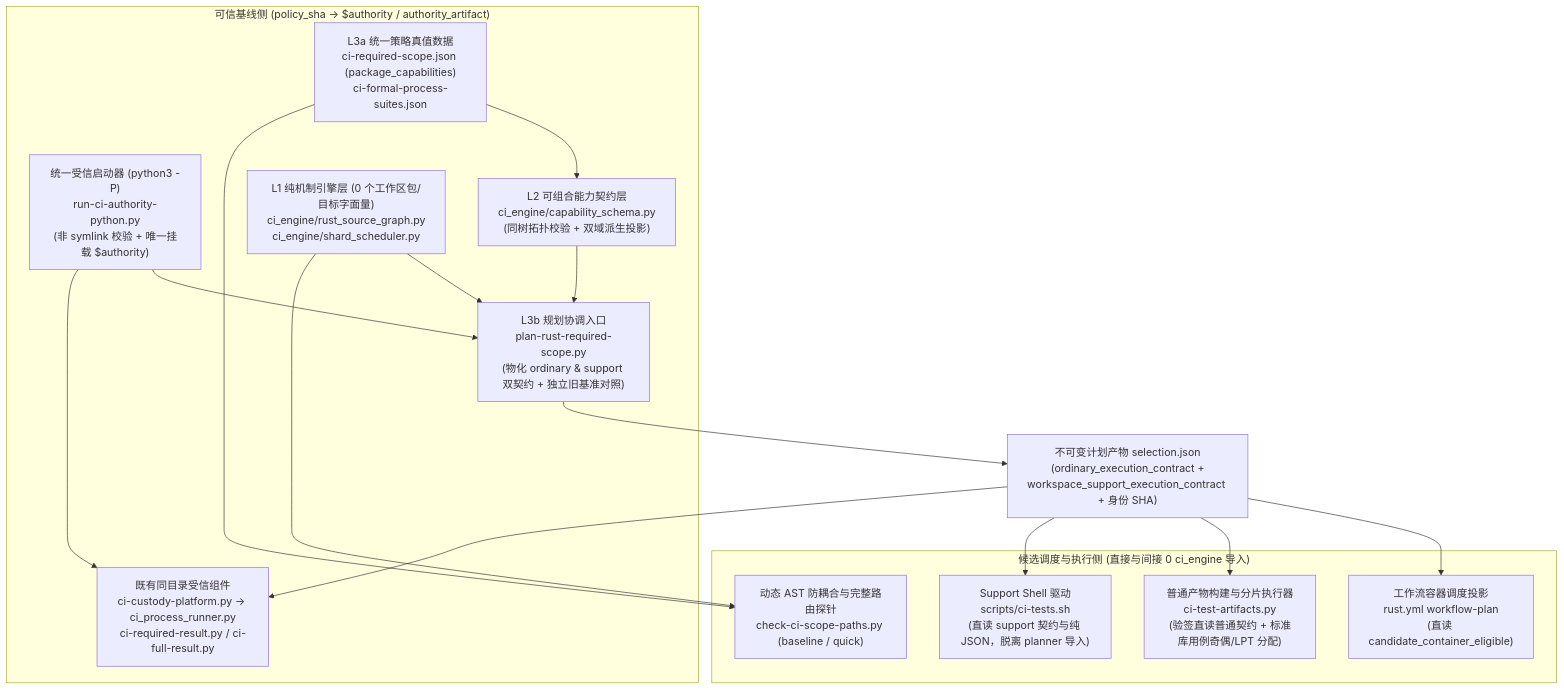
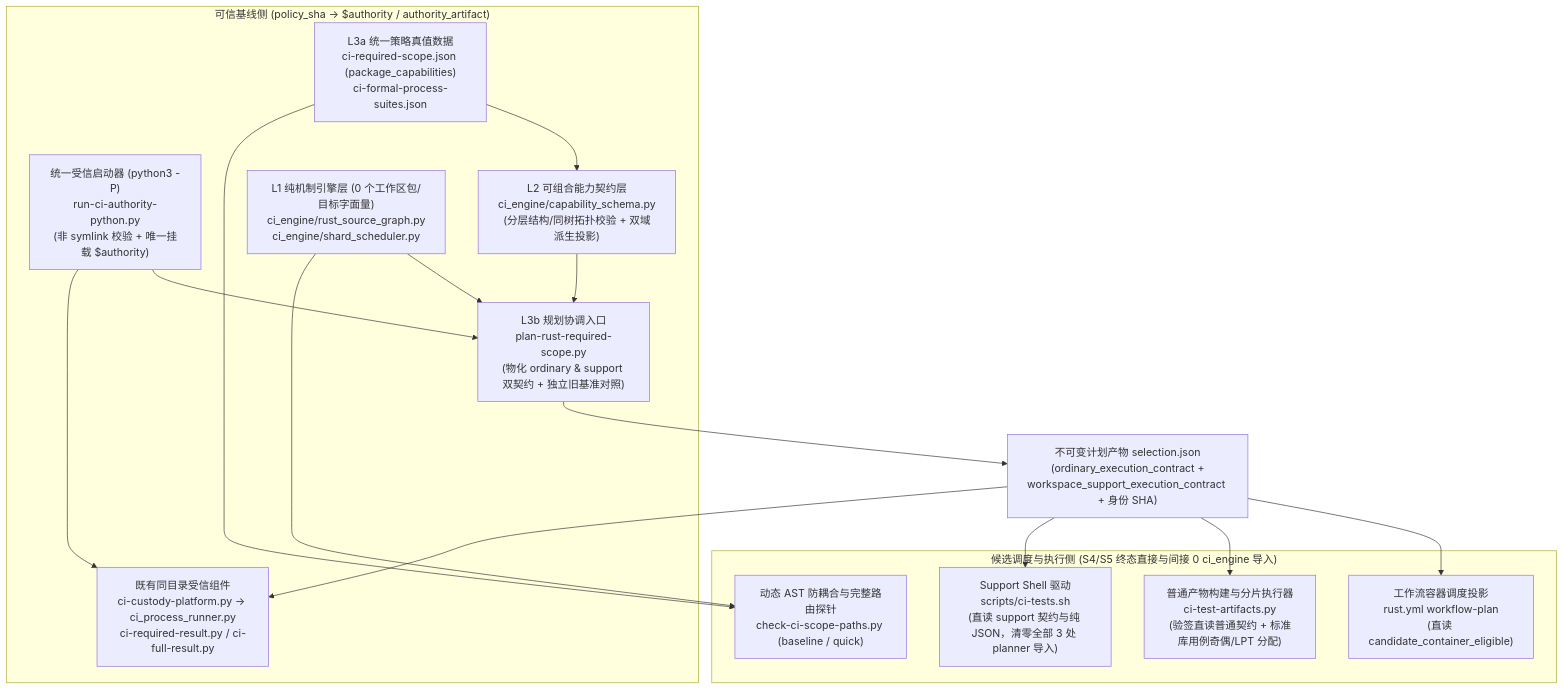
The diagram in doc/testing/ci/ci-engine-and-policy-decoupling.design.md (nil-studio/oasis7), drawn with Mermaid before and after one commit. The commit also changed other lines of this file and 1 other file, not shown here.

Commit message:
docs(ci): close local-check sibling loading, synthetic full_plan, and third ci-tests.sh hook

````diff
--- a/doc/testing/ci/ci-engine-and-policy-decoupling.design.md
+++ b/doc/testing/ci/ci-engine-and-policy-decoupling.design.md
@@ -75,33 +75,33 @@
 ```mermaid
 flowchart TD
     subgraph PolicyTrusted["可信基线侧 (policy_sha -> $authority / authority_artifact)"]
         CFG["L3a 统一策略真值数据\nci-required-scope.json (package_capabilities)\nci-formal-process-suites.json"]
         LAUNCH["统一受信启动器 (python3 -P)\nrun-ci-authority-python.py\n(非 symlink 校验 + 唯一挂载 $authority)"]
-        SCHEMA["L2 可组合能力契约层\nci_engine/capability_schema.py\n(同树拓扑校验 + 双域派生投影)"]
+        SCHEMA["L2 可组合能力契约层\nci_engine/capability_schema.py\n(分层结构/同树拓扑校验 + 双域派生投影)"]
         ENG["L1 纯机制引擎层 (0 个工作区包/目标字面量)\nci_engine/rust_source_graph.py\nci_engine/shard_scheduler.py"]
         PLAN["L3b 规划协调入口\nplan-rust-required-scope.py\n(物化 ordinary & support 双契约 + 独立旧基准对照)"]
         HELPERS["既有同目录受信组件\nci-custody-platform.py -> ci_process_runner.py\nci-required-result.py / ci-full-result.py"]
     end
 
     SEL["不可变计划产物 selection.json\n(ordinary_execution_contract +\nworkspace_support_execution_contract + 身份 SHA)"]
 
-    subgraph CandidateExec["候选调度与执行侧 (直接与间接 0 ci_engine 导入)"]
+    subgraph CandidateExec["候选调度与执行侧 (S4/S5 终态直接与间接 0 ci_engine 导入)"]
         WF["工作流容器调度投影\nrust.yml workflow-plan\n(直读 candidate_container_eligible)"]
         ART["普通产物构建与分片执行器\nci-test-artifacts.py\n(验签直读普通契约 + 标准库用例奇偶/LPT 分配)"]
-        SUP["Support Shell 驱动\nscripts/ci-tests.sh\n(直读 support 契约与纯 JSON，脱离 planner 导入)"]
+        SUP["Support Shell 驱动\nscripts/ci-tests.sh\n(直读 support 契约与纯 JSON，清零全部 3 处 planner 导入)"]
         CANARY["动态 AST 防耦合与完整路由探针\ncheck-ci-scope-paths.py (baseline / quick)"]
     end
 
     LAUNCH --> PLAN
     LAUNCH --> HELPERS
     CFG --> SCHEMA
     SCHEMA --> PLAN
     ENG --> PLAN
     PLAN --> SEL
     SEL --> WF
     SEL --> ART
     SEL --> SUP
     SEL --> HELPERS
     CFG --> CANARY
     ENG --> CANARY
 ```
````
